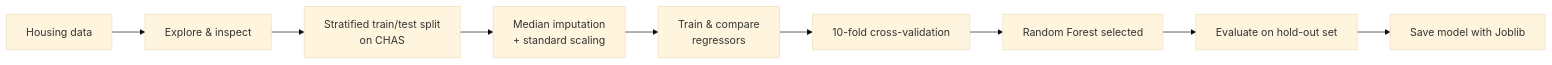
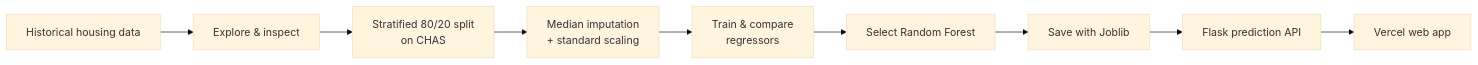
Before and after one commit to ABHISHEKTIWARI2000/Dragon-Real-Estates: the diagram in README.md, drawn with Mermaid (base theme). The commit also changed other lines of this file, not shown here.

````diff
--- a/README.md
+++ b/README.md
@@ -49,11 +64,11 @@
 ```mermaid
 flowchart LR
-    A[Housing data] --> B[Explore & inspect]
-    B --> C[Stratified train/test split<br/>on CHAS]
+    A[Historical housing data] --> B[Explore & inspect]
+    B --> C[Stratified 80/20 split<br/>on CHAS]
     C --> D[Median imputation<br/>+ standard scaling]
     D --> E[Train & compare<br/>regressors]
-    E --> F[10-fold cross-validation]
-    F --> G[Random Forest selected]
-    G --> H[Evaluate on hold-out set]
-    H --> I[Save model with Joblib]
+    E --> F[Select Random Forest]
+    F --> G[Save with Joblib]
+    G --> H[Flask prediction API]
+    H --> I[Vercel web app]
 ```
````
